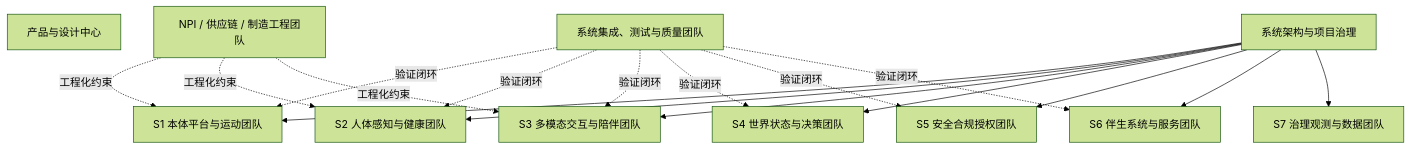
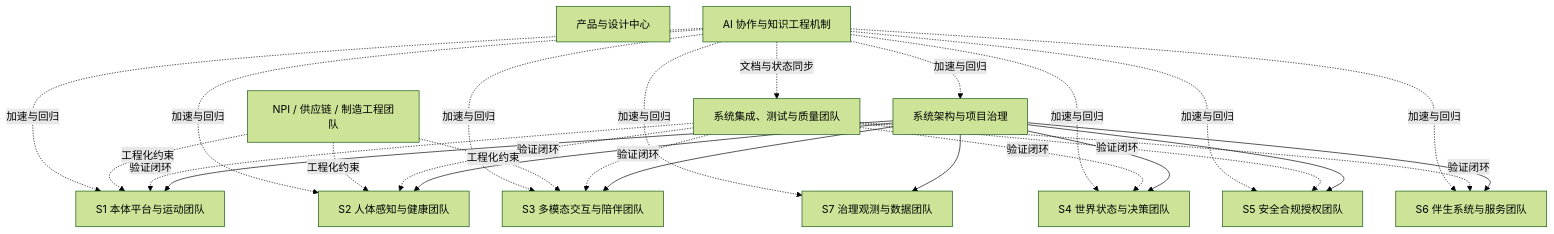
Before and after one commit to hlm12348765/Kinbot_OODA: the second of 2 diagrams in docs/10_team_planning/01_development_team_proposal.md, drawn with Mermaid (forest theme). The commit also changed other lines of this file and 3 other files, not shown here.

````diff
--- a/docs/10_team_planning/01_development_team_proposal.md
+++ b/docs/10_team_planning/01_development_team_proposal.md
@@ -62,31 +133,40 @@
 ```mermaid
 flowchart TB
     A[产品与设计中心]
     B[系统架构与项目治理]
     C[S1 本体平台与运动团队]
     D[S2 人体感知与健康团队]
     E[S3 多模态交互与陪伴团队]
     F[S4 世界状态与决策团队]
     G[S5 安全合规授权团队]
     H[S6 伴生系统与服务团队]
     I[S7 治理观测与数据团队]
     J[系统集成、测试与质量团队]
     K[NPI / 供应链 / 制造工程团队]
 
     B --> C
     B --> D
     B --> E
     B --> F
     B --> G
     B --> H
     B --> I
     J -.验证闭环.-> C
     J -.验证闭环.-> D
     J -.验证闭环.-> E
     J -.验证闭环.-> F
     J -.验证闭环.-> G
     J -.验证闭环.-> H
     K -.工程化约束.-> C
     K -.工程化约束.-> D
     K -.工程化约束.-> E
+    L["AI 协作与知识工程机制"] -.加速与回归.-> B
+    L -.加速与回归.-> C
+    L -.加速与回归.-> D
+    L -.加速与回归.-> E
+    L -.加速与回归.-> F
+    L -.加速与回归.-> G
+    L -.加速与回归.-> H
+    L -.加速与回归.-> I
+    L -.文档与状态同步.-> J
 ```
````
